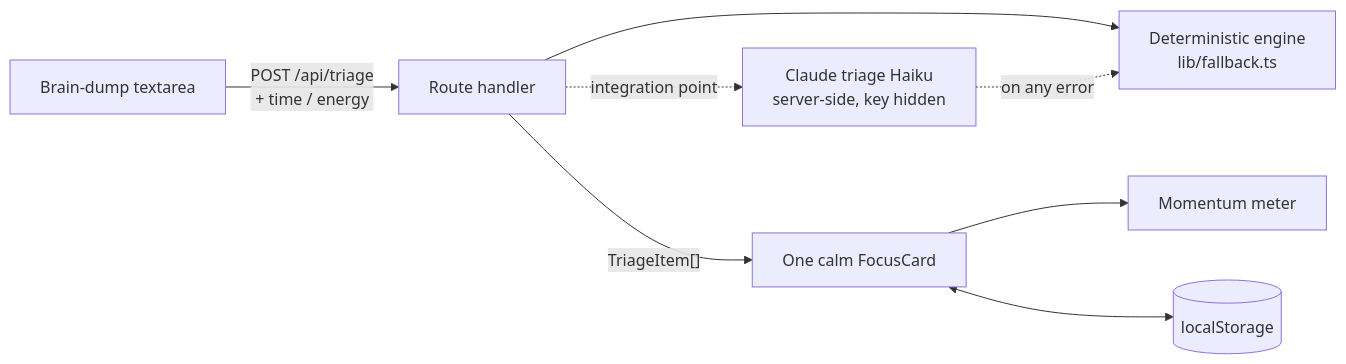
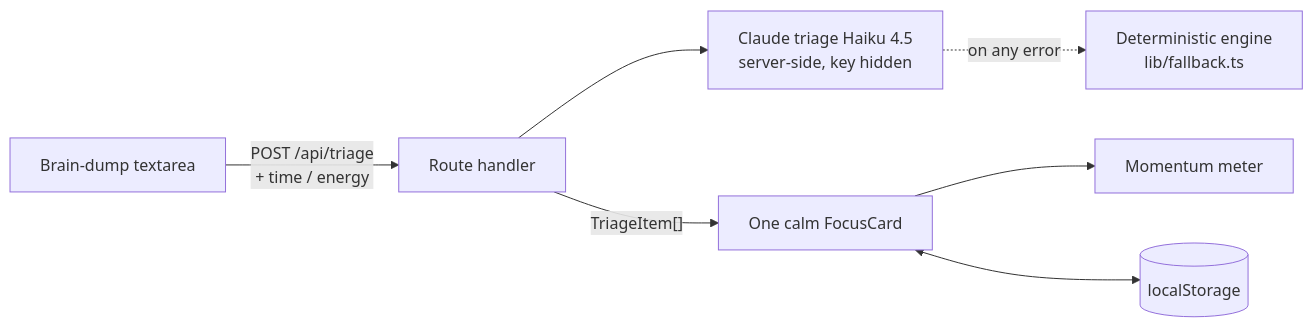
One commit to thylinao1/unstuck changed the diagram in README.md. Above: the diagram before and after it, drawn with Mermaid. The commit also changed other lines of this file and 4 other files, not shown here.

````diff
--- a/README.md
+++ b/README.md
@@ -24,10 +26,9 @@
 ```mermaid
 flowchart LR
   U[Brain-dump textarea] -->|"POST /api/triage<br/>+ time / energy"| R[Route handler]
-  R --> F[Deterministic engine<br/>lib/fallback.ts]
-  R -. integration point .-> C[Claude triage Haiku<br/>server-side, key hidden]
-  C -.->|on any error| F
+  R --> C[Claude triage Haiku 4.5<br/>server-side, key hidden]
+  C -.->|on any error| F[Deterministic engine<br/>lib/fallback.ts]
   R -->|"TriageItem[]"| V[One calm FocusCard]
   V --> M[Momentum meter]
   V <--> L[(localStorage)]
 ```
````
